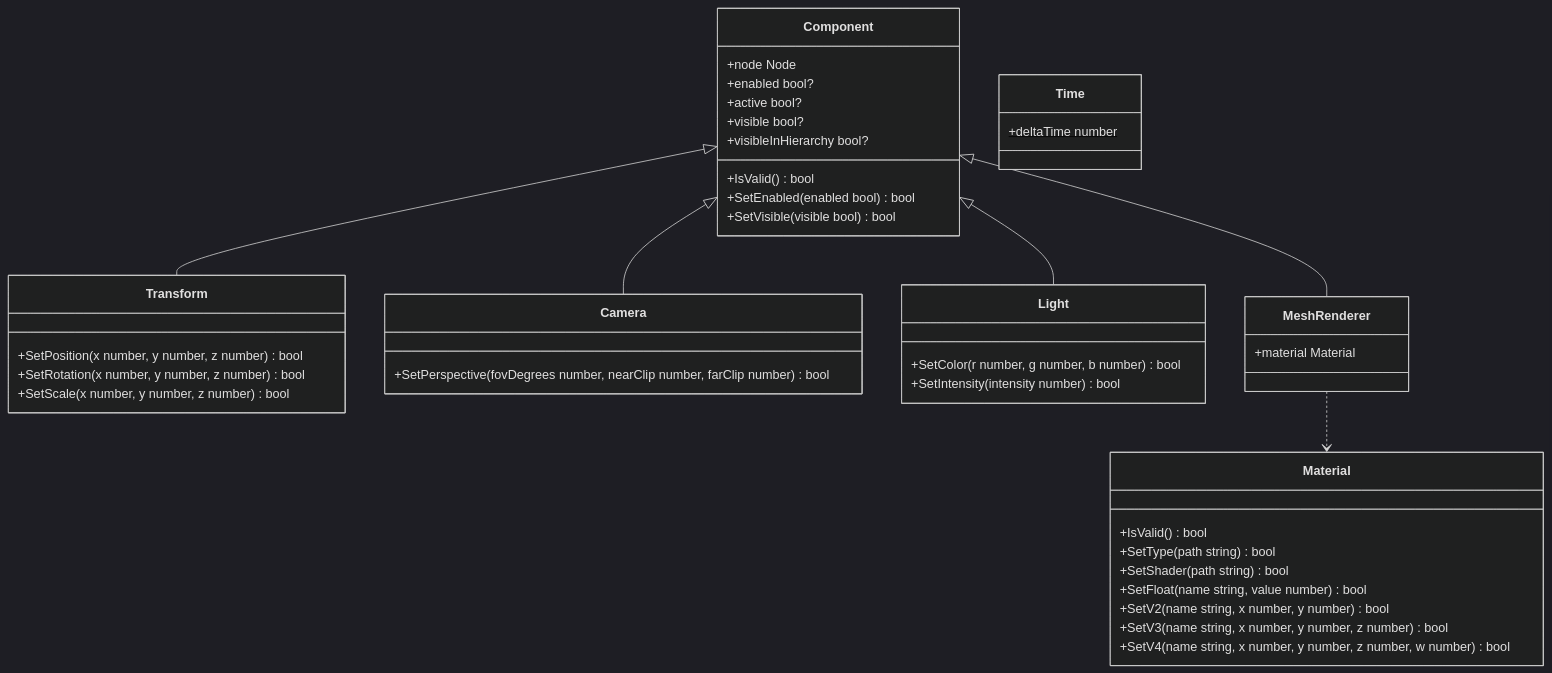
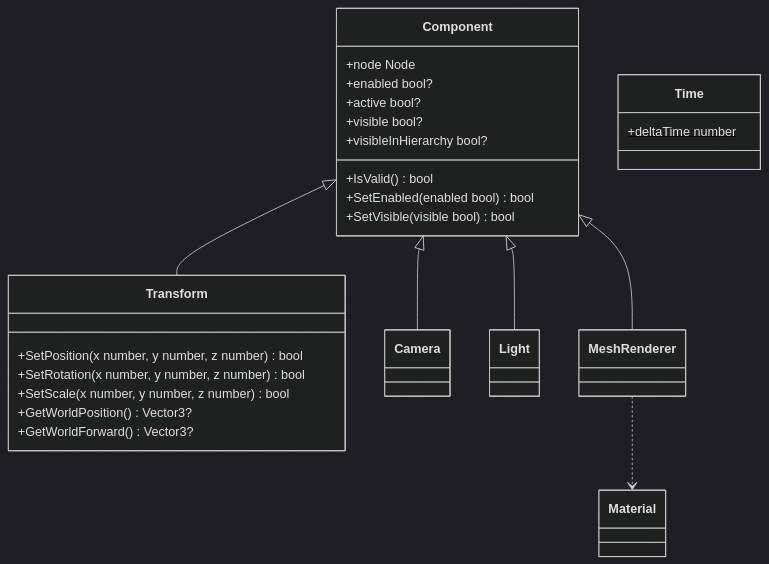
One commit to lcals/Engine changed the third of 3 diagrams in docs/runtime/class-diagrams/gameplay.md. Above: the diagram before and after it, drawn with Mermaid (dark theme). The commit also changed other lines of this file and 222 other files, not shown here.

Commit message:
Consolidate editor asset imports and align architecture documentation

````diff
--- a/docs/runtime/class-diagrams/gameplay.md
+++ b/docs/runtime/class-diagrams/gameplay.md
@@ -100,46 +106,33 @@
 ```mermaid
 classDiagram
     direction TB
     class Component {
         +node Node
         +IsValid() bool
         +SetEnabled(enabled bool) bool
         +enabled bool?
         +active bool?
         +SetVisible(visible bool) bool
         +visible bool?
         +visibleInHierarchy bool?
     }
     class Transform {
         +SetPosition(x number, y number, z number) bool
         +SetRotation(x number, y number, z number) bool
         +SetScale(x number, y number, z number) bool
+        +GetWorldPosition() Vector3?
+        +GetWorldForward() Vector3?
     }
-    class Camera {
-        +SetPerspective(fovDegrees number, nearClip number, farClip number) bool
-    }
-    class Light {
-        +SetColor(r number, g number, b number) bool
-        +SetIntensity(intensity number) bool
-    }
-    class MeshRenderer {
-        +material Material
-    }
-    class Material {
-        +IsValid() bool
-        +SetType(path string) bool
-        +SetShader(path string) bool
-        +SetFloat(name string, value number) bool
-        +SetV2(name string, x number, y number) bool
-        +SetV3(name string, x number, y number, z number) bool
-        +SetV4(name string, x number, y number, z number, w number) bool
-    }
+    class Camera
+    class Light
+    class MeshRenderer
+    class Material
     class Time {
         +deltaTime number$
     }
     Component <|-- Transform
     Component <|-- Camera
     Component <|-- Light
     Component <|-- MeshRenderer
     MeshRenderer ..> Material
 ```
````
